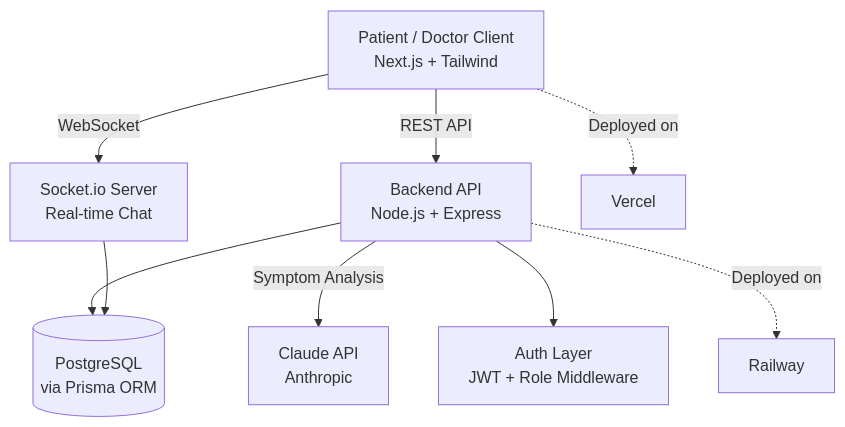
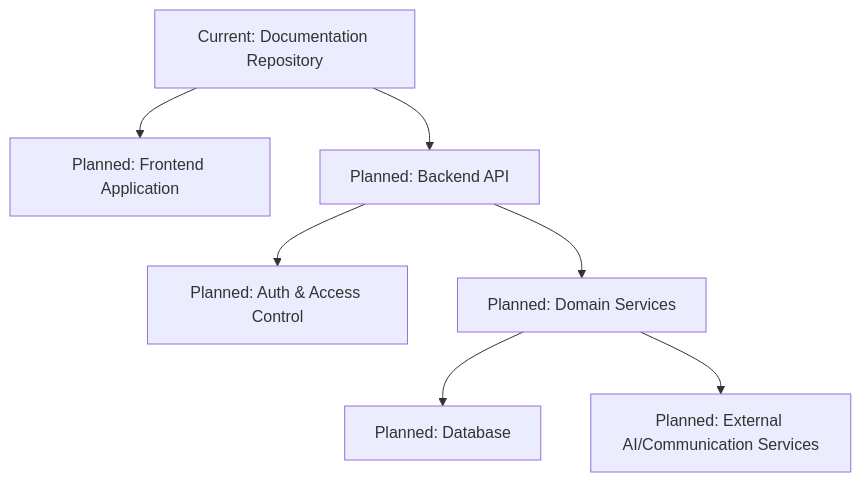
Before and after one commit to Shubham-cyber-prog/CuraLink: the first of 2 diagrams in README.md, drawn with Mermaid. The commit also changed other lines of this file, not shown here.

Commit message:
docs: rewrite README with accurate repository-first product documentation

````diff
--- a/README.md
+++ b/README.md
@@ -61,11 +94,9 @@
 ```mermaid
-graph TD
-    A[Patient / Doctor Client<br/>Next.js + Tailwind] -->|REST API| B[Backend API<br/>Node.js + Express]
-    A -->|WebSocket| C[Socket.io Server<br/>Real-time Chat]
-    B --> D[(PostgreSQL<br/>via Prisma ORM)]
-    B -->|Symptom Analysis| E[Claude API<br/>Anthropic]
-    C --> D
-    B --> F[Auth Layer<br/>JWT + Role Middleware]
-    A -.->|Deployed on| G[Vercel]
-    B -.->|Deployed on| H[Railway]
+flowchart TB
+    A[Current: Documentation Repository] --> B[Planned: Frontend Application]
+    A --> C[Planned: Backend API]
+    C --> D[Planned: Auth & Access Control]
+    C --> E[Planned: Domain Services]
+    E --> F[Planned: Database]
+    E --> G[Planned: External AI/Communication Services]
 ```
````
